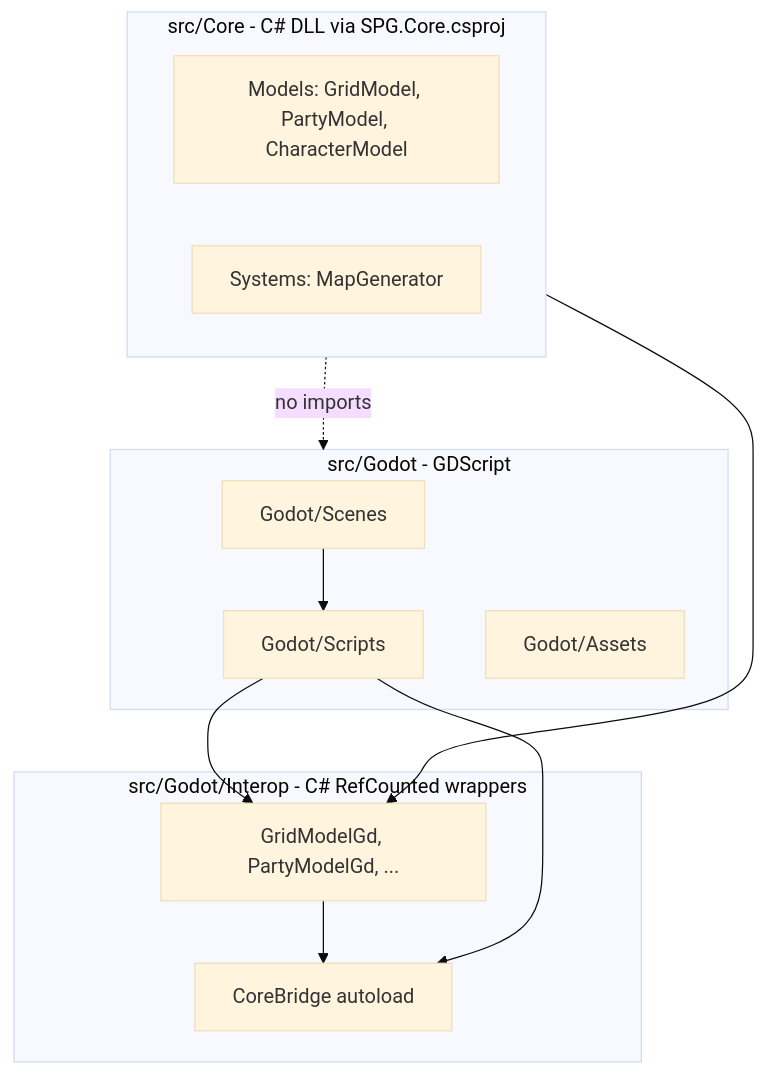
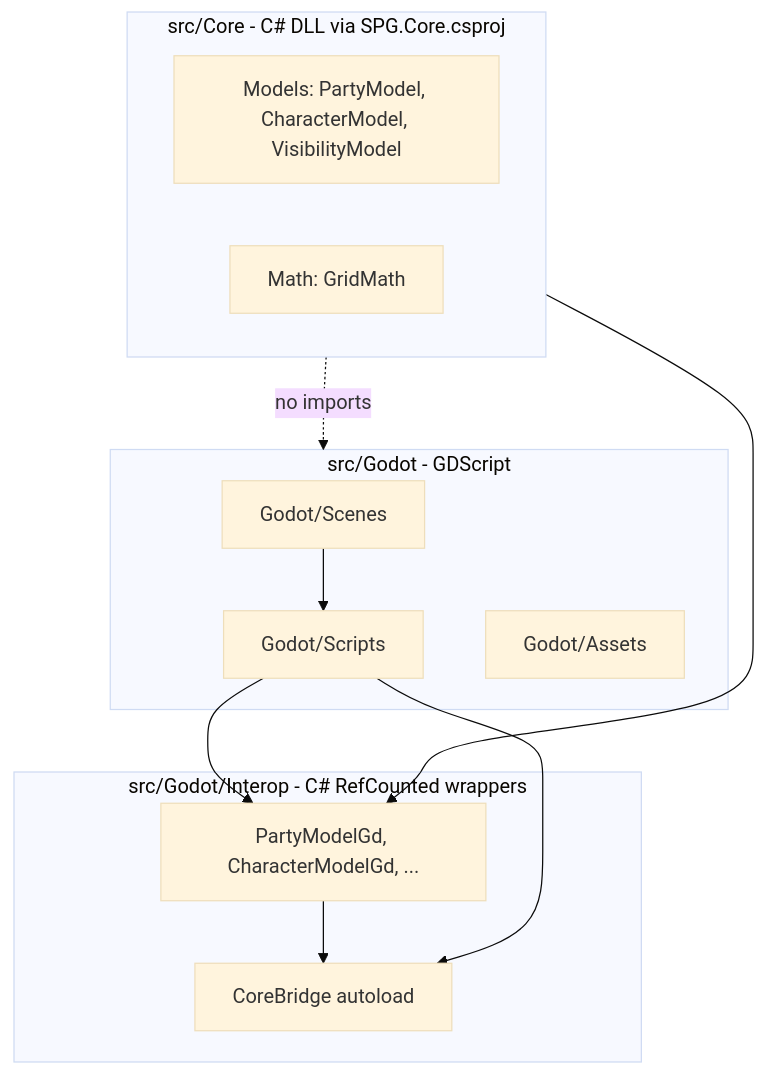
Before and after one commit to kurtzilla/SPG: the diagram in .cursor/rules/architecture.md, drawn with Mermaid (base theme). The commit also changed other lines of this file and 21 other files, not shown here.

````diff
--- a/.cursor/rules/architecture.md
+++ b/.cursor/rules/architecture.md
@@ -17,22 +19,22 @@
 ```mermaid
 flowchart TB
   subgraph core [src/Core - C# DLL via SPG.Core.csproj]
-    Models[Models: GridModel, PartyModel, CharacterModel]
-    Systems[Systems: MapGenerator]
+    Models[Models: PartyModel, CharacterModel, VisibilityModel]
+    Math[Math: GridMath]
   end
   subgraph interop [src/Godot/Interop - C# RefCounted wrappers]
     CoreBridge[CoreBridge autoload]
-    Wrappers[GridModelGd, PartyModelGd, ...]
+    Wrappers[PartyModelGd, CharacterModelGd, ...]
   end
   subgraph godot [src/Godot - GDScript]
     Scenes[Godot/Scenes]
     Scripts[Godot/Scripts]
     Assets[Godot/Assets]
   end
   core --> Wrappers
   Wrappers --> CoreBridge
   Scripts --> CoreBridge
   Scripts --> Wrappers
   Scenes --> Scripts
   core -.->|"no imports"| godot
 ```
````
